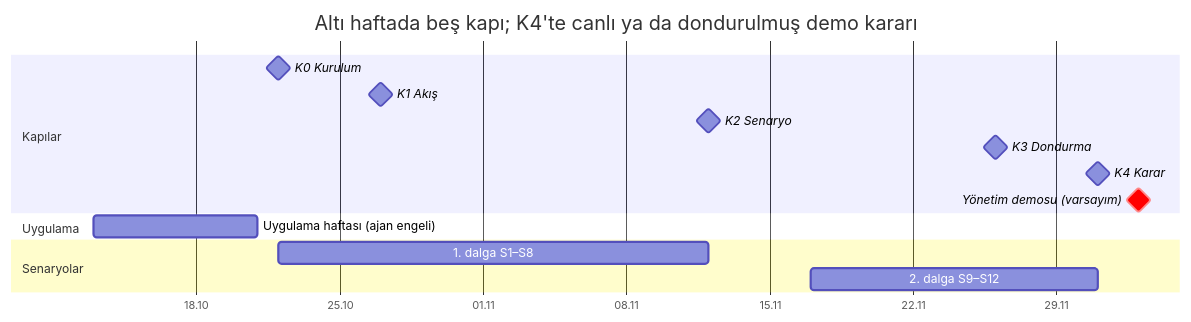
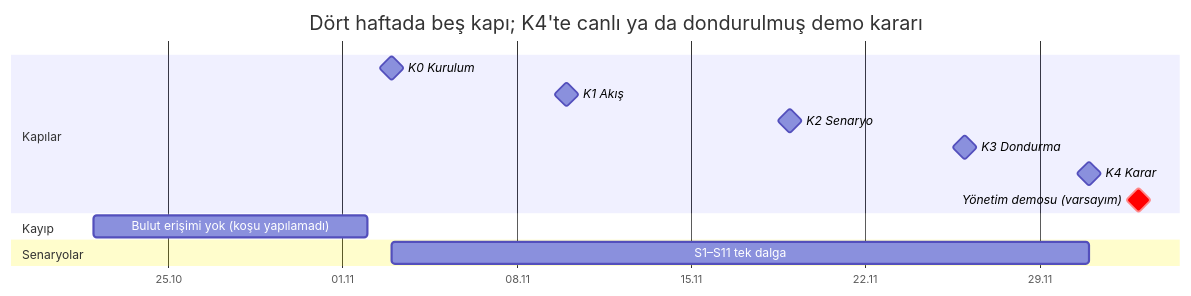
Before and after one commit to kaannsckin/pmasistance_mks: the second of 2 diagrams in docs/pilot/PILOT_NOTU.md, drawn with Mermaid. The commit also changed other lines of this file and 8 other files, not shown here.

First line of the commit message:
Pilot v4 talimatları: 3 Kasım'da yeniden başlatma, tek dalga takvim, dosya modu yolu

````diff
--- a/docs/pilot/PILOT_NOTU.md
+++ b/docs/pilot/PILOT_NOTU.md
@@ -137,18 +139,17 @@
 ```mermaid
 gantt
-    title Altı haftada beş kapı; K4'te canlı ya da dondurulmuş demo kararı
+    title Dört haftada beş kapı; K4'te canlı ya da dondurulmuş demo kararı
     dateFormat YYYY-MM-DD
     axisFormat %d.%m
     section Kapılar
-    K0 Kurulum            :milestone, 2026-10-22, 0d
-    K1 Akış               :milestone, 2026-10-27, 0d
-    K2 Senaryo            :milestone, 2026-11-12, 0d
+    K0 Kurulum            :milestone, 2026-11-03, 0d
+    K1 Akış               :milestone, 2026-11-10, 0d
+    K2 Senaryo            :milestone, 2026-11-19, 0d
     K3 Dondurma           :milestone, 2026-11-26, 0d
     K4 Karar              :milestone, 2026-12-01, 0d
     Yönetim demosu (varsayım) :crit, milestone, 2026-12-03, 0d
-    section Uygulama
-    Uygulama haftası (ajan engeli) :2026-10-13, 2026-10-21
+    section Kayıp
+    Bulut erişimi yok (koşu yapılamadı) :2026-10-22, 2026-11-02
     section Senaryolar
-    1. dalga S1–S8        :2026-10-22, 2026-11-12
-    2. dalga S9–S12       :2026-11-17, 2026-12-01
+    S1–S11 tek dalga      :2026-11-03, 2026-12-01
 ```
````
